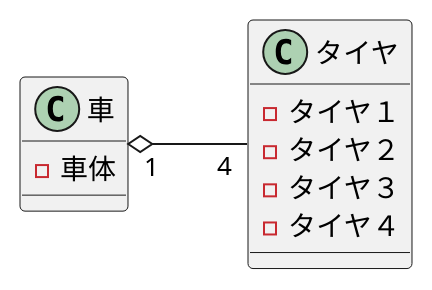
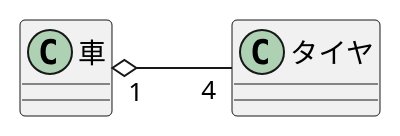
One commit to kuboi0627/unl-introduction changed the diagram in 演習3-4_クラス図.pu. Above: the diagram before and after it, drawn with PlantUML.

Commit message:
演習３－4

```diff
--- a/演習3-4_クラス図.pu
+++ b/演習3-4_クラス図.pu
@@ -1,16 +1,13 @@
 @startuml
 left to right direction
 
 class 車{
-    - 車体
+    
 }
 
 class タイヤ {
-    - タイヤ１
-    - タイヤ２
-    - タイヤ３
-    - タイヤ４
+   
 }
 
 車 "1" o--"4" タイヤ
 @enduml
```
